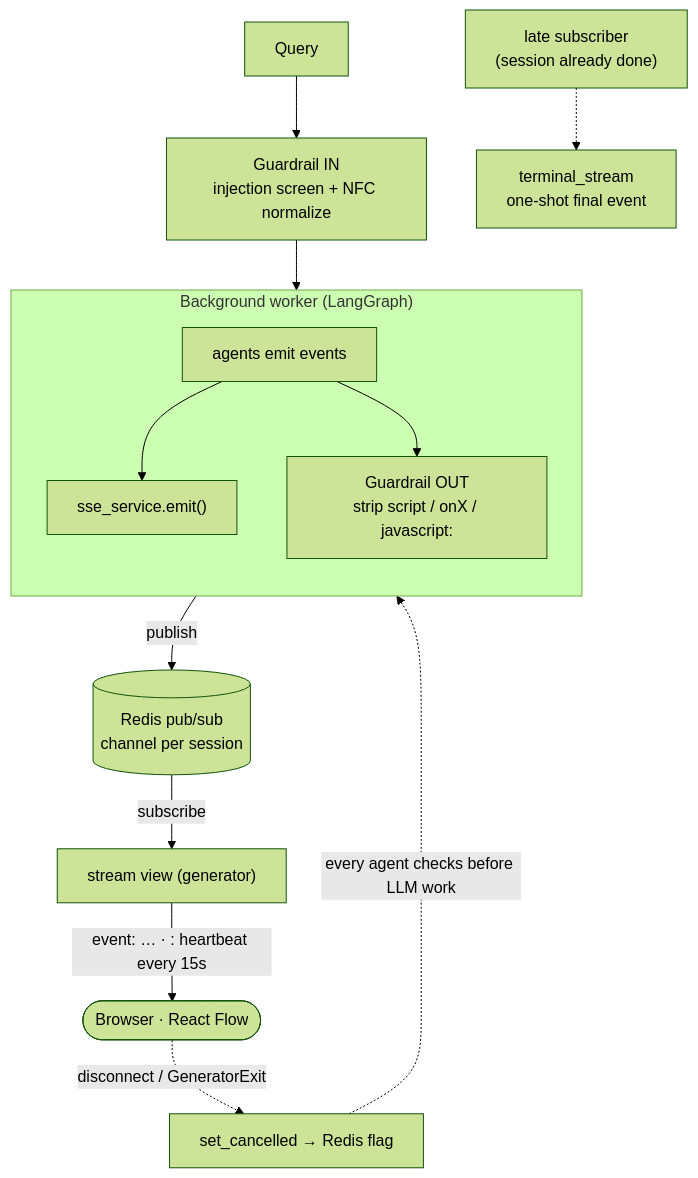
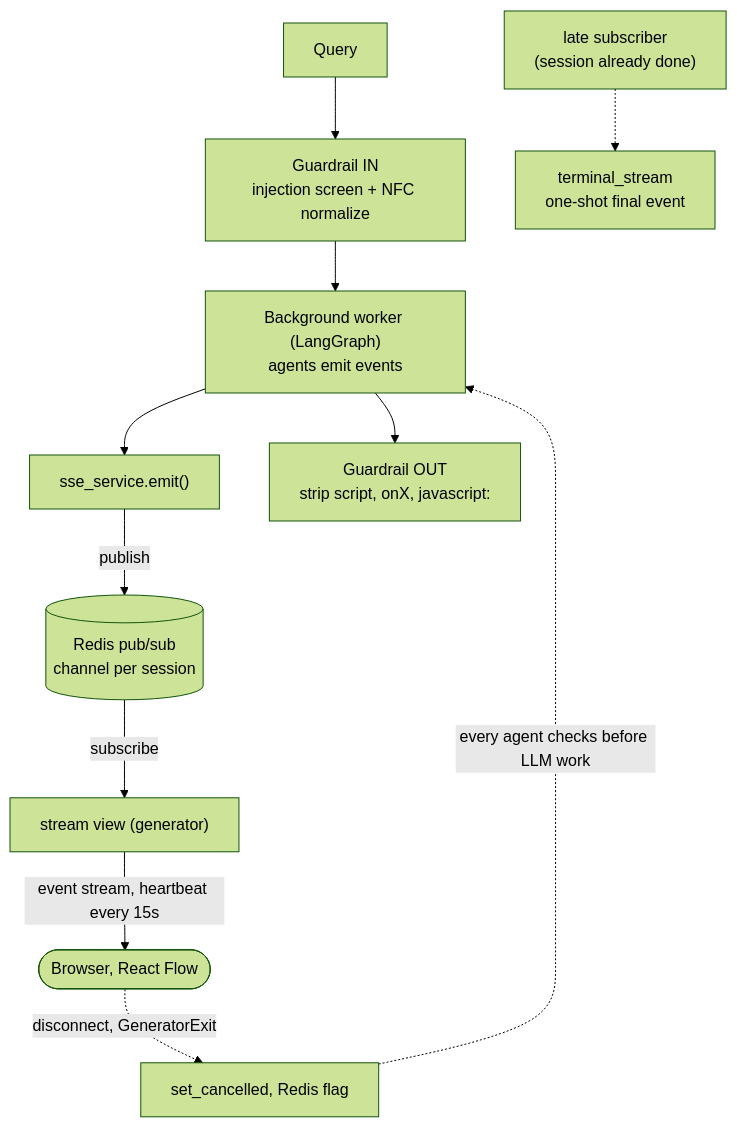
One commit to vishalgoyal25/TheKnowledgeOrbits changed diagram 15 of 15 in README.md. Above: the diagram before and after it, drawn with Mermaid (forest theme). The commit also changed other lines of this file and 1 other file, not shown here.

Commit message:
docs: fix mermaid subgraph-edge rendering bugs, update test count to 714

````diff
--- a/README.md
+++ b/README.md
@@ -773,19 +749,16 @@
 ```mermaid
 flowchart TB
     Q["Query"] --> GIN["Guardrail IN<br/>injection screen + NFC normalize"]
-    GIN --> WORKER
+    GIN --> AG["Background worker (LangGraph)<br/>agents emit events"]
 
-    subgraph WORKER["Background worker (LangGraph)"]
-        direction TB
-        AG["agents emit events"] --> EMIT["sse_service.emit()"]
-        AG --> GOUT["Guardrail OUT<br/>strip script / onX / javascript:"]
-    end
+    AG --> EMIT["sse_service.emit()"]
+    AG --> GOUT["Guardrail OUT<br/>strip script, onX, javascript:"]
 
     EMIT -->|publish| CH[("Redis pub/sub<br/>channel per session")]
     CH -->|subscribe| STREAM["stream view (generator)"]
-    STREAM -->|"event: … · : heartbeat every 15s"| BROWSER([Browser · React Flow])
+    STREAM -->|"event stream, heartbeat every 15s"| BROWSER([Browser, React Flow])
 
-    BROWSER -. disconnect / GeneratorExit .-> CANCEL["set_cancelled → Redis flag"]
+    BROWSER -. disconnect, GeneratorExit .-> CANCEL["set_cancelled, Redis flag"]
     CANCEL -. every agent checks before LLM work .-> AG
     LATE["late subscriber<br/>(session already done)"] -.-> TERM["terminal_stream<br/>one-shot final event"]
 ```
````
